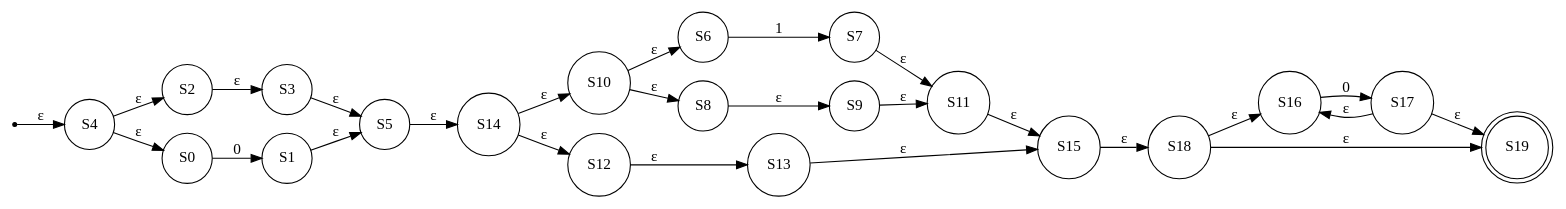
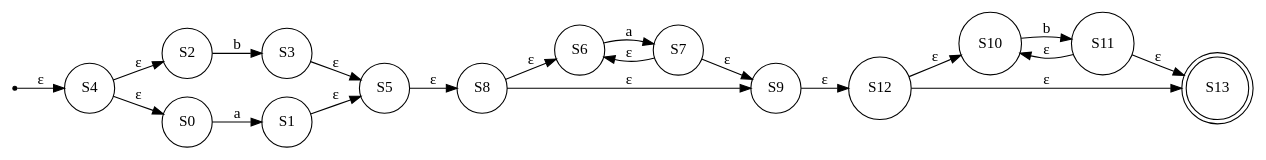
One commit to DiggsPapu/TeoriaComputacion changed the diagram in Graphs/AFN/afn5.dot. Above: the diagram before and after it, drawn with Graphviz. The commit also changed 34 other files, not shown here.

```diff
--- a/Graphs/AFN/afn5.dot
+++ b/Graphs/AFN/afn5.dot
@@ -1,49 +1,37 @@
 digraph AFN{
 node [shape=circle];
 rankdir=LR;
 init [label="", shape=point];
 S1 [label="S1"];
 S2 [label="S2"];
 S3 [label="S3"];
 S4 [label="S4"];
 S5 [label="S5"];
 S6 [label="S6"];
 S7 [label="S7"];
 S8 [label="S8"];
 S9 [label="S9"];
 S10 [label="S10"];
 S11 [label="S11"];
 S12 [label="S12"];
-S13 [label="S13"];
-S14 [label="S14"];
-S15 [label="S15"];
-S16 [label="S16"];
-S17 [label="S17"];
-S18 [label="S18"];
-S19[shape=doublecircle] [label="S19"];
-S0->S1[label="0"];
+S13[shape=doublecircle] [label="S13"];
+S0->S1[label="a"];
 S1->S5[label="ε"];
-S2->S3[label="ε"];
+S2->S3[label="b"];
 S3->S5[label="ε"];
 init->S4[label="ε"];
 S4->S0[label="ε"];
 S4->S2[label="ε"];
-S5->S14[label="ε"];
-S6->S7[label="1"];
-S7->S11[label="ε"];
+S5->S8[label="ε"];
+S6->S7[label="a"];
+S7->S6[label="ε"];
+S7->S9[label="ε"];
 S8->S9[label="ε"];
-S9->S11[label="ε"];
-S10->S6[label="ε"];
-S10->S8[label="ε"];
-S11->S15[label="ε"];
+S8->S6[label="ε"];
+S9->S12[label="ε"];
+S10->S11[label="b"];
+S11->S10[label="ε"];
+S11->S13[label="ε"];
 S12->S13[label="ε"];
-S13->S15[label="ε"];
-S14->S10[label="ε"];
-S14->S12[label="ε"];
-S15->S18[label="ε"];
-S16->S17[label="0"];
-S17->S16[label="ε"];
-S17->S19[label="ε"];
-S18->S19[label="ε"];
-S18->S16[label="ε"];
+S12->S10[label="ε"];
 }
```
